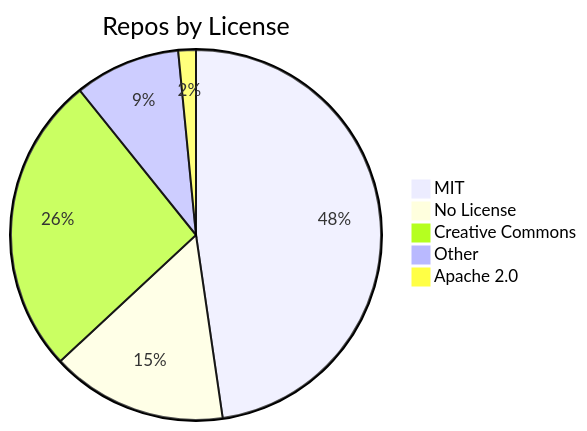
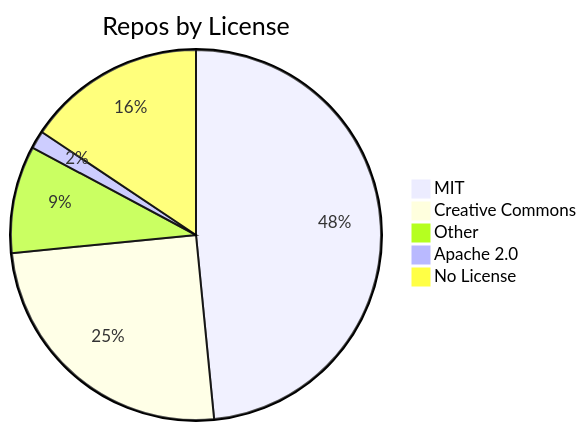
The diagram in README.md (jpatterson933/awesome-mcp-server-repo-index), drawn with Mermaid before and after one commit. The commit also changed other lines of this file and 7 other files, not shown here.

````diff
--- a/README.md
+++ b/README.md
@@ -31,8 +31,8 @@
 ```mermaid
 pie title Repos by License
     "MIT" : 31
-    "No License" : 10
-    "Creative Commons" : 17
+    "Creative Commons" : 16
     "Other" : 6
     "Apache 2.0" : 1
+    "No License" : 10
 ```
````
